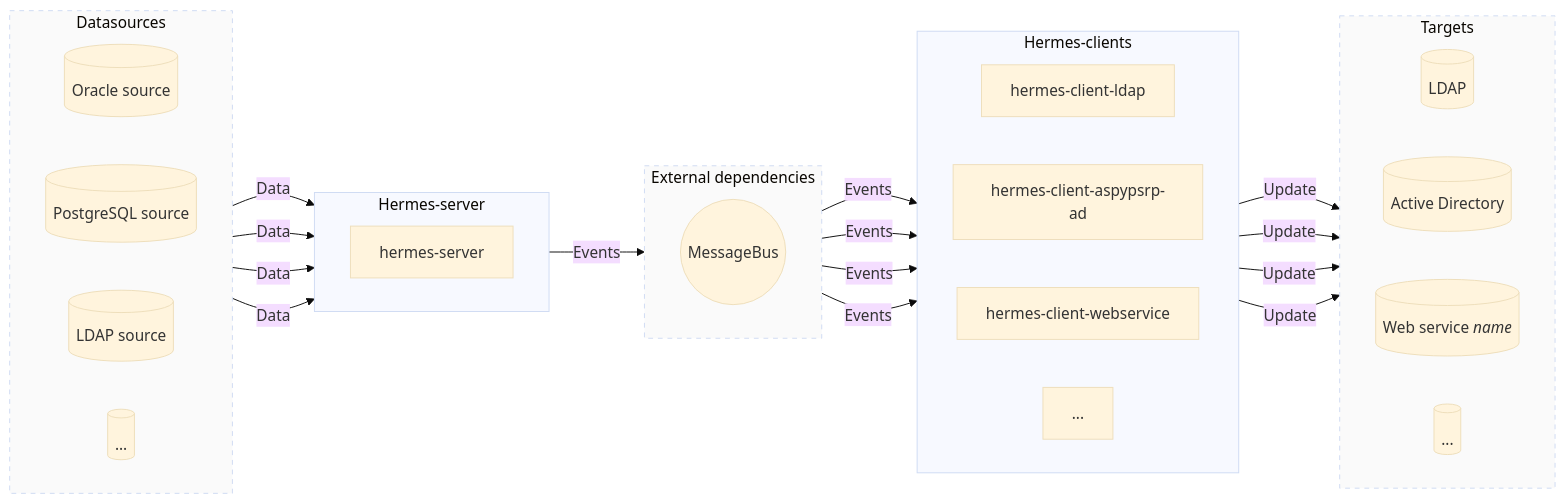
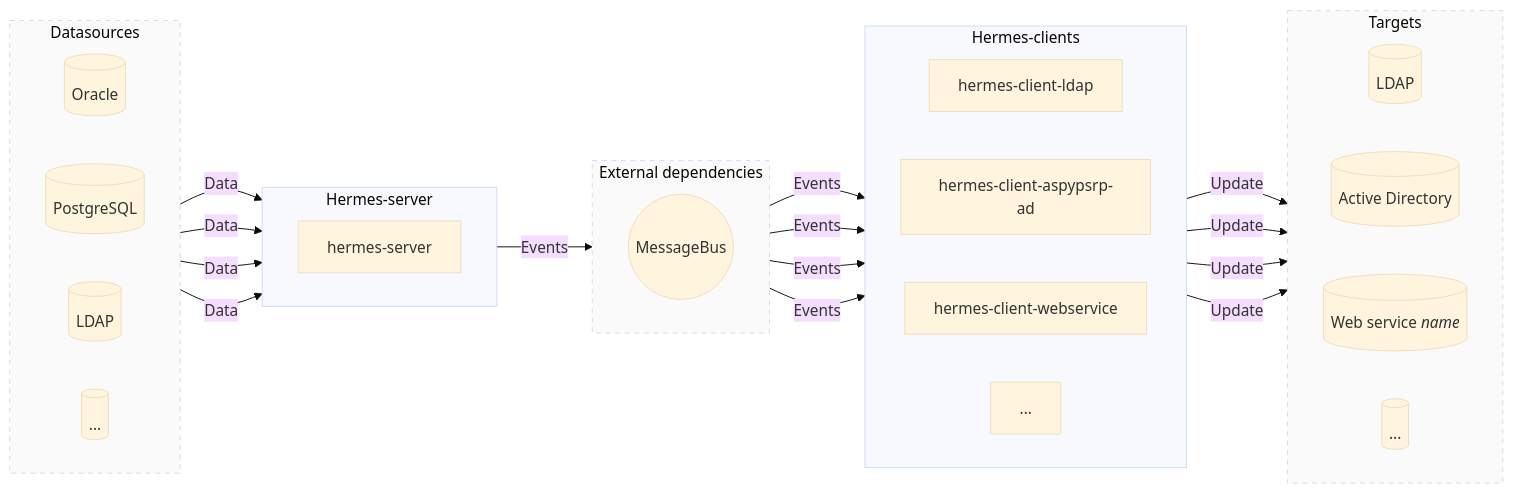
The diagram in content/hermes/presentation.md (DSIN-INSA-Strasbourg/Hermes-doc), drawn with Mermaid (base theme) before and after one commit. The commit also changed 16 other files, not shown here.

````diff
--- a/content/hermes/presentation.md
+++ b/content/hermes/presentation.md
@@ -20,51 +20,48 @@
 ``` mermaid
 flowchart LR
   subgraph Datasources
     direction LR
     RefOracle
     RefPostgreSQL
     RefLDAP
     RefEtc
   end
   subgraph Hermes-server
     direction LR
     hermes-server
   end
   subgraph External_dependencies["External dependencies"]
     direction LR
     MessageBus
   end
   subgraph Hermes-clients
     direction LR
     hermes-client-ldap
     hermes-client-aspypsrp-ad
     hermes-client-webservice
     hermes-client-etc["..."]
   end
   subgraph Targets
     direction LR
     LDAP
     ActiveDirectory
     webservice
     etc
   end
-  RefOracle[(Oracle source)]-->|Data|hermes-server
-  RefPostgreSQL[(PostgreSQL source)]-->|Data|hermes-server
-  RefLDAP[(LDAP source)]-->|Data|hermes-server
+  RefOracle[(Oracle)]-->|Data|hermes-server
+  RefPostgreSQL[(PostgreSQL)]-->|Data|hermes-server
+  RefLDAP[(LDAP)]-->|Data|hermes-server
   RefEtc[(...)]-->|Data|hermes-server
   hermes-server-->|Events|MessageBus((MessageBus))
   MessageBus-->|Events|hermes-client-ldap
   MessageBus-->|Events|hermes-client-aspypsrp-ad
   MessageBus-->|Events|hermes-client-webservice
   MessageBus-->|Events|hermes-client-etc
   hermes-client-ldap-->|Update|LDAP[(LDAP)]
   hermes-client-aspypsrp-ad-->|Update|ActiveDirectory[(Active Directory)]
   hermes-client-webservice-->|Update|webservice[(Web service <i>name</i>)]
   hermes-client-etc-->|Update|etc[("...")]
 
-
   classDef external fill:#fafafa,stroke-dasharray: 5 5
   class Datasources,External_dependencies,Targets external
-
-  
 ```
````
